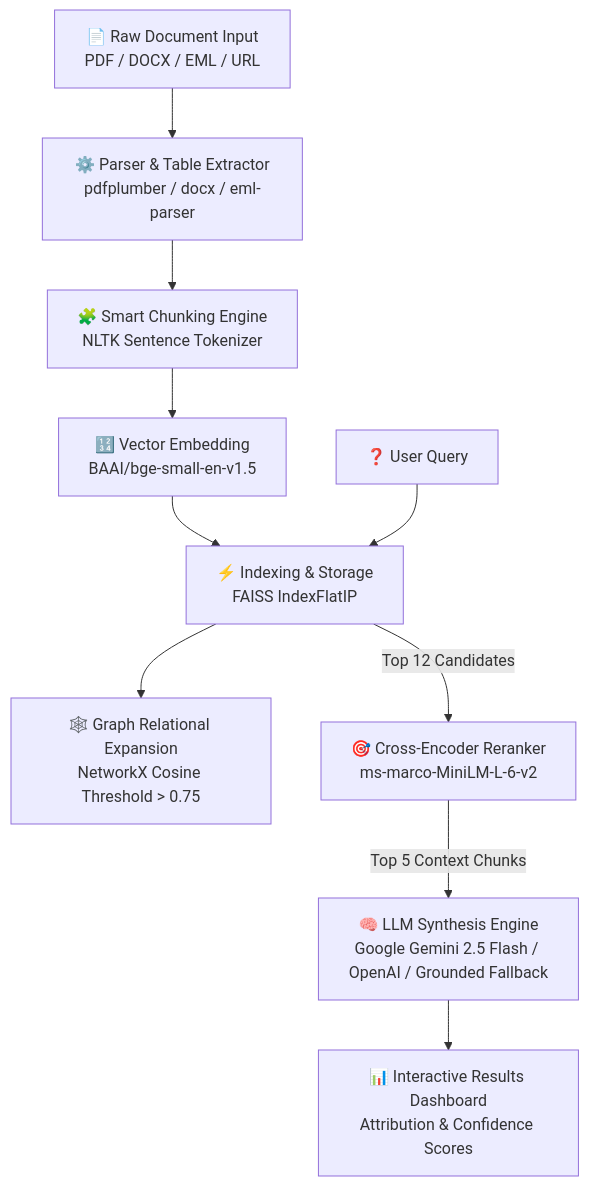
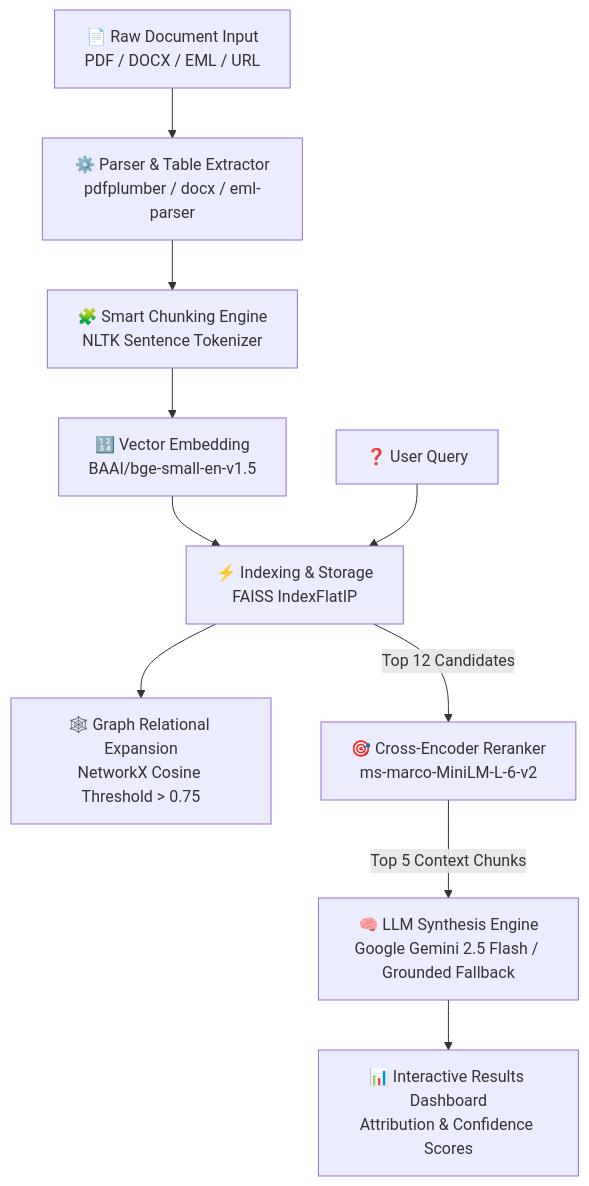
One commit to srijan300/FinservAPI changed the diagram in README.md. Above: the diagram before and after it, drawn with Mermaid. The commit also changed other lines of this file and 3 other files, not shown here.

Commit message:
Configure Google Gemini 2.5 Flash as exclusive LLM engine and remove OpenAI dependencies

````diff
--- a/README.md
+++ b/README.md
@@ -23,13 +23,13 @@
 ```mermaid
 flowchart TD
     A[📄 Raw Document Input\nPDF / DOCX / EML / URL] --> B[⚙️ Parser & Table Extractor\npdfplumber / docx / eml-parser]
     B --> C[🧩 Smart Chunking Engine\nNLTK Sentence Tokenizer]
     C --> D[🔢 Vector Embedding\nBAAI/bge-small-en-v1.5]
     D --> E[⚡ Indexing & Storage\nFAISS IndexFlatIP]
     E --> F[🕸️ Graph Relational Expansion\nNetworkX Cosine Threshold > 0.75]
     
     Q[❓ User Query] --> E
     E -->|Top 12 Candidates| R[🎯 Cross-Encoder Reranker\nms-marco-MiniLM-L-6-v2]
-    R -->|Top 5 Context Chunks| S[🧠 LLM Synthesis Engine\nGoogle Gemini 2.5 Flash / OpenAI / Grounded Fallback]
+    R -->|Top 5 Context Chunks| S[🧠 LLM Synthesis Engine\nGoogle Gemini 2.5 Flash / Grounded Fallback]
     S --> T[📊 Interactive Results Dashboard\nAttribution & Confidence Scores]
 ```
````
